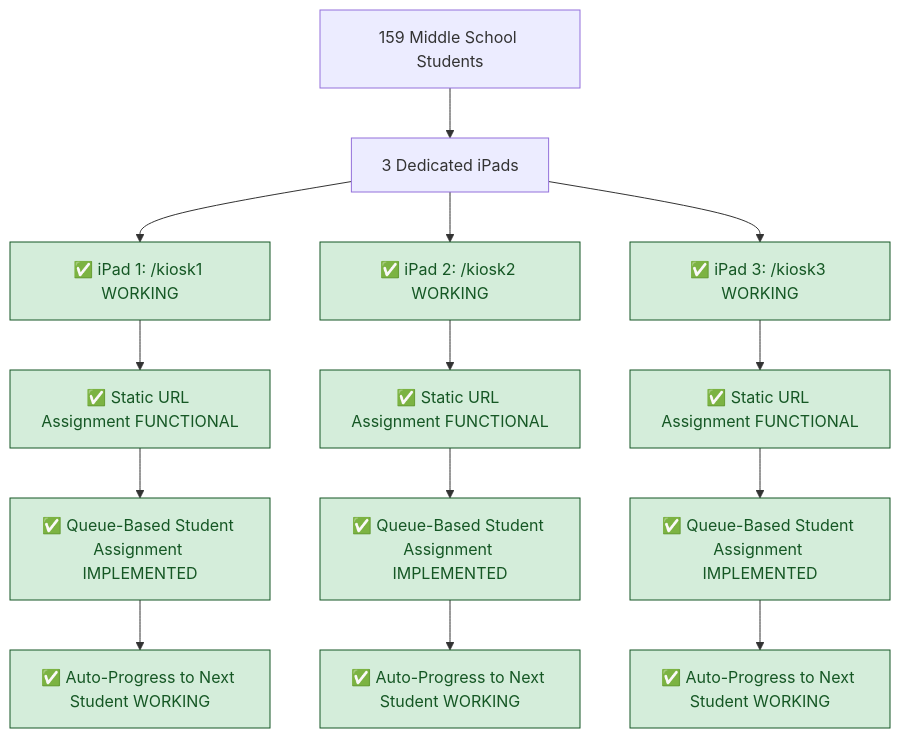
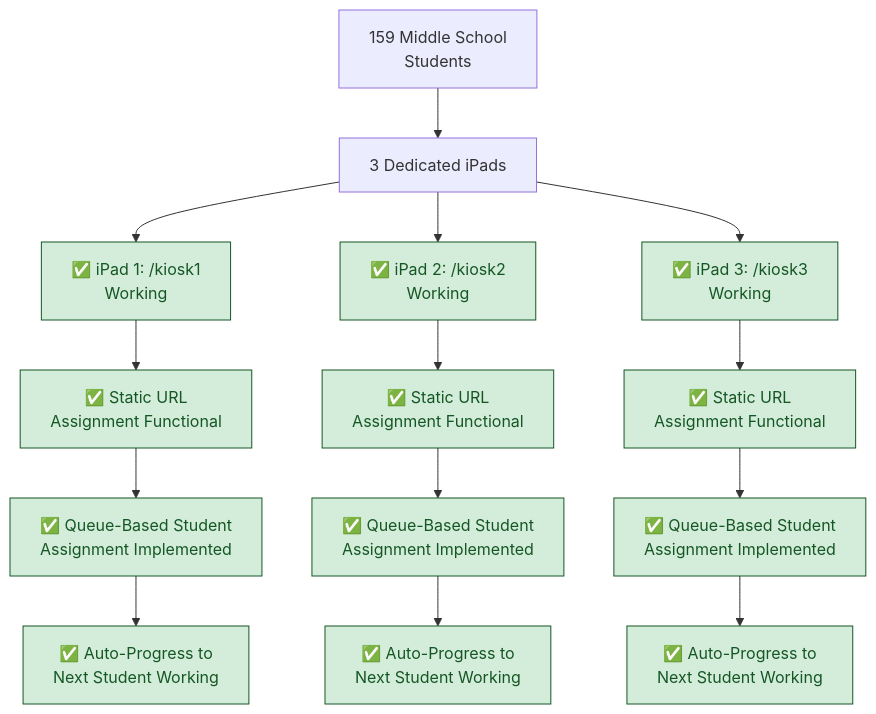
One commit to Splurfa/bx-os changed the first of 5 diagrams in docs/flowcharts/Current-State/02-current-kiosk-system-complete.md. Above: the diagram before and after it, drawn with Mermaid. The commit also changed other lines of this file and 11 other files, not shown here.

Commit message:
Fix flowchart text wrapping

````diff
--- a/docs/flowcharts/Current-State/02-current-kiosk-system-complete.md
+++ b/docs/flowcharts/Current-State/02-current-kiosk-system-complete.md
@@ -9,25 +9,25 @@
 ```mermaid
 flowchart TD
-    A[159 Middle School Students] --> B[3 Dedicated iPads]
+    A[159 Middle School<br/>Students] --> B[3 Dedicated iPads]
     
-    B --> C[✅ iPad 1: /kiosk1 WORKING]
-    B --> D[✅ iPad 2: /kiosk2 WORKING]  
-    B --> E[✅ iPad 3: /kiosk3 WORKING]
+    B --> C[✅ iPad 1: /kiosk1<br/>Working]
+    B --> D[✅ iPad 2: /kiosk2<br/>Working]  
+    B --> E[✅ iPad 3: /kiosk3<br/>Working]
     
-    C --> F[✅ Static URL Assignment FUNCTIONAL]
-    D --> G[✅ Static URL Assignment FUNCTIONAL]
-    E --> H[✅ Static URL Assignment FUNCTIONAL]
+    C --> F[✅ Static URL<br/>Assignment Functional]
+    D --> G[✅ Static URL<br/>Assignment Functional]
+    E --> H[✅ Static URL<br/>Assignment Functional]
     
-    F --> I[✅ Queue-Based Student Assignment IMPLEMENTED]
-    G --> J[✅ Queue-Based Student Assignment IMPLEMENTED]
-    H --> K[✅ Queue-Based Student Assignment IMPLEMENTED]
+    F --> I[✅ Queue-Based Student<br/>Assignment Implemented]
+    G --> J[✅ Queue-Based Student<br/>Assignment Implemented]
+    H --> K[✅ Queue-Based Student<br/>Assignment Implemented]
     
-    I --> L[✅ Auto-Progress to Next Student WORKING]
-    J --> M[✅ Auto-Progress to Next Student WORKING]
-    K --> N[✅ Auto-Progress to Next Student WORKING]
+    I --> L[✅ Auto-Progress to<br/>Next Student Working]
+    J --> M[✅ Auto-Progress to<br/>Next Student Working]
+    K --> N[✅ Auto-Progress to<br/>Next Student Working]
     
     classDef working fill:#d4edda,stroke:#155724,color:#155724
     classDef functional fill:#cce5ff,stroke:#0066cc,color:#0066cc
     
     class C,D,E,F,G,H,I,J,K,L,M,N working
 ```
````
